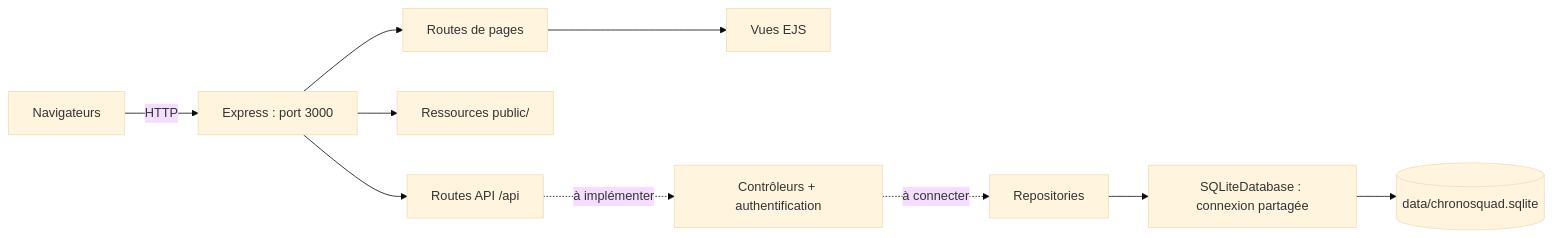
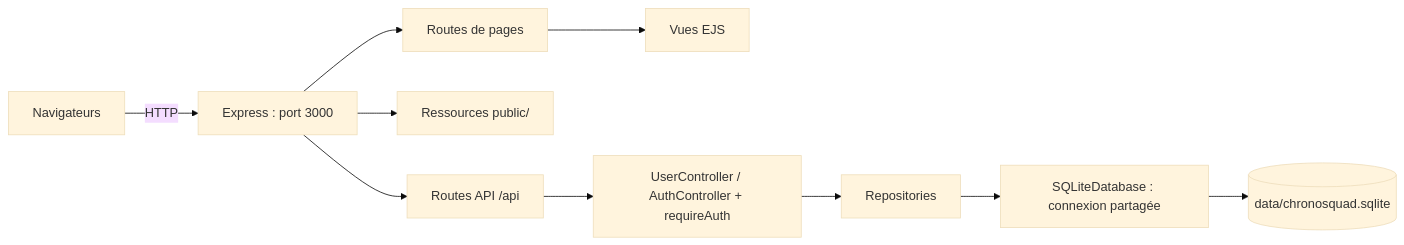
Before and after one commit to mbianytabs/ACL2026-ChronoSquad: the first of 2 diagrams in docs/sprint0/conception.md, drawn with Mermaid (base theme). The commit also changed other lines of this file and 22 other files, not shown here.

````diff
--- a/docs/sprint0/conception.md
+++ b/docs/sprint0/conception.md
@@ -13,12 +13,12 @@
 ```mermaid
 flowchart LR
     C[Navigateurs] -->|HTTP| E[Express : port 3000]
     E --> P[Routes de pages]
     P --> V[Vues EJS]
     E --> S[Ressources public/]
     E --> A[Routes API /api]
-    A -. à implémenter .-> CT[Contrôleurs + authentification]
-    CT -. à connecter .-> R[Repositories]
+    A --> CT[UserController / AuthController + requireAuth]
+    CT --> R[Repositories]
     R --> DB[SQLiteDatabase : connexion partagée]
     DB --> F[(data/chronosquad.sqlite)]
 ```
````
